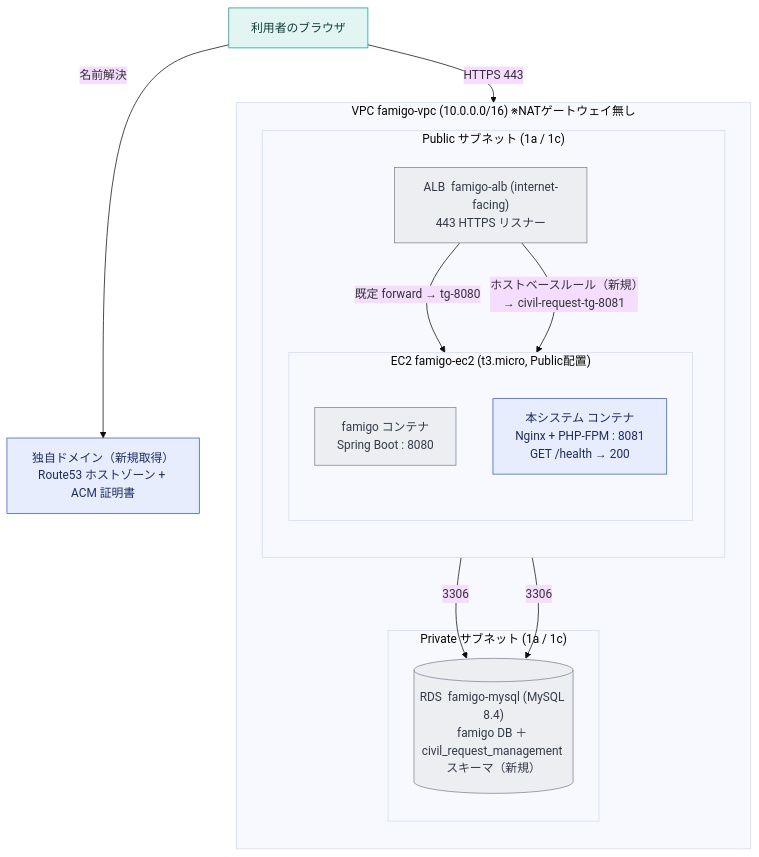
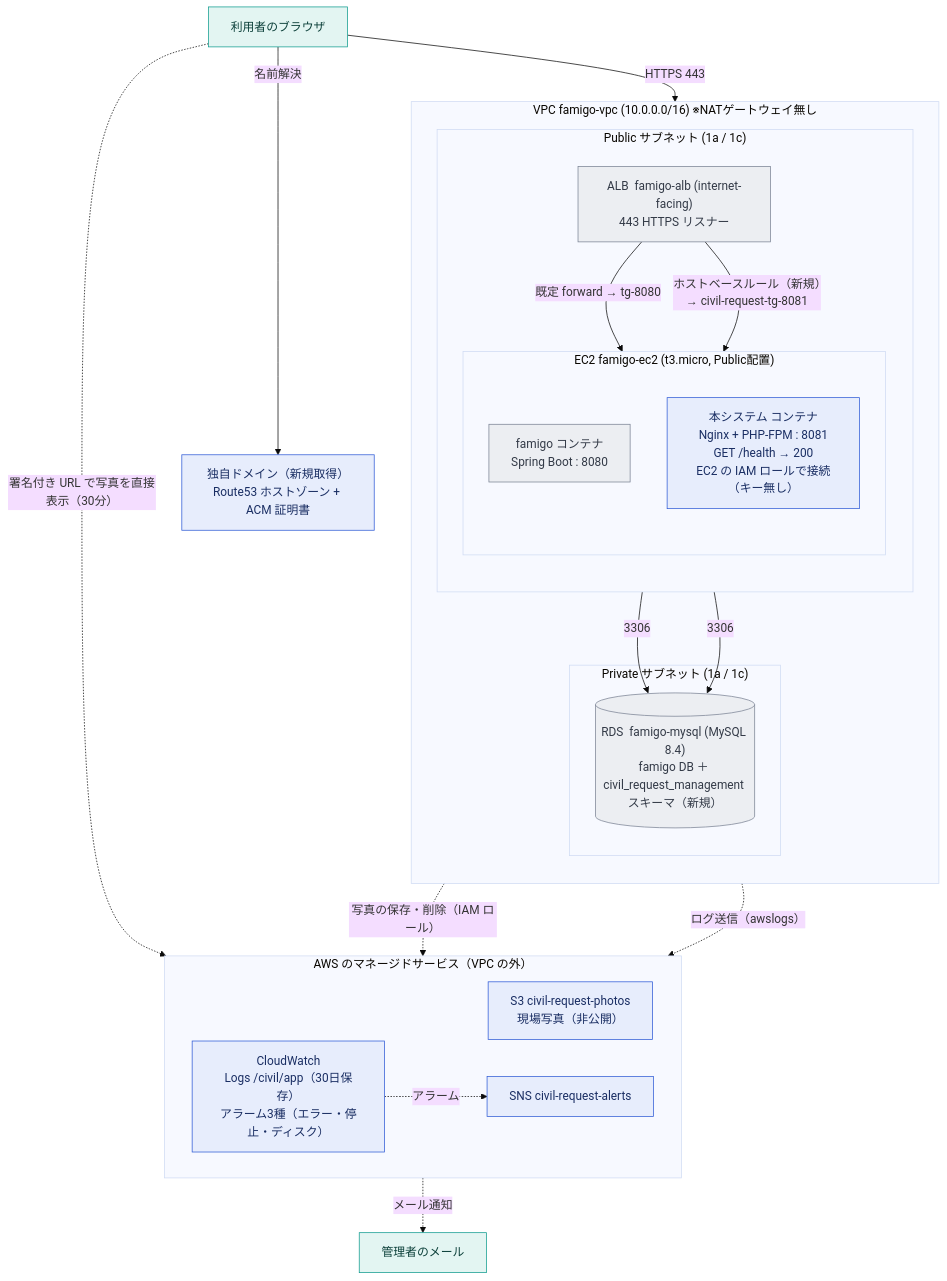
One commit to tomo-taka108/Civil-Request-Management changed the diagram in docs/infrastructure-design.md. Above: the diagram before and after it, drawn with Mermaid (base theme). The commit also changed other lines of this file and 2 other files, not shown here.

Commit message:
docs: README を現在の実装・AWS の設定に合わせて見直す
使っていない Vite / Tailwind の記載、3テーブルのままの DB 設計、監視の記載漏れなど、
実装とずれていた箇所を直す。構成図に S3・CloudWatch・SNS を加え、文字を大きくした。
GitHub 上でページ内リンクを押すと画面が上下に動き続けるため、ページ内リンクは外した。

Refs #132, #100

````diff
--- a/docs/infrastructure-design.md
+++ b/docs/infrastructure-design.md
@@ -32,32 +30,45 @@
 ```mermaid
 flowchart TB
     user["利用者のブラウザ"]:::net
     dns["独自ドメイン（新規取得）<br/>Route53 ホストゾーン + ACM 証明書"]:::new
 
     subgraph vpc["VPC  famigo-vpc  (10.0.0.0/16)  ※NATゲートウェイ無し"]
       direction TB
       subgraph pub["Public サブネット (1a / 1c)"]
         direction TB
         alb["ALB  famigo-alb (internet-facing)<br/>443 HTTPS リスナー"]:::exist
         subgraph ec2["EC2  famigo-ec2  (t3.micro, Public配置)"]
           direction TB
           cFamigo["famigo コンテナ<br/>Spring Boot : 8080"]:::exist
-          cCivil["本システム コンテナ<br/>Nginx + PHP-FPM : 8081<br/>GET /health → 200"]:::new
+          cCivil["本システム コンテナ<br/>Nginx + PHP-FPM : 8081<br/>GET /health → 200<br/>EC2 の IAM ロールで接続（キー無し）"]:::new
         end
       end
       subgraph prv["Private サブネット (1a / 1c)"]
         rds[("RDS  famigo-mysql (MySQL 8.4)<br/>famigo DB ＋ civil_request_management スキーマ（新規）")]:::exist
       end
     end
 
+    subgraph managed["AWS のマネージドサービス（VPC の外）"]
+      direction LR
+      s3["S3  civil-request-photos<br/>現場写真（非公開）"]:::new
+      cw["CloudWatch<br/>Logs /civil/app（30日保存）<br/>アラーム3種（エラー・停止・ディスク）"]:::new
+      sns["SNS  civil-request-alerts"]:::new
+    end
+    mail["管理者のメール"]:::net
+
     user -->|"名前解決"| dns
     user -->|"HTTPS 443"| alb
     alb -->|"既定 forward → tg-8080"| cFamigo
     alb -->|"ホストベースルール（新規）→ civil-request-tg-8081"| cCivil
     cFamigo -->|"3306"| rds
     cCivil -->|"3306"| rds
+    cCivil -.->|"写真の保存・削除（IAM ロール）"| s3
+    user -.->|"署名付き URL で写真を直接表示（30分）"| s3
+    cCivil -.->|"ログ送信（awslogs）"| cw
+    cw -.->|"アラーム"| sns
+    sns -.->|"メール通知"| mail
 
     classDef net fill:#e3f5f2,stroke:#0f9b8e,color:#0b3f39;
     classDef exist fill:#eceef2,stroke:#7a8394,color:#333a47;
     classDef new fill:#e7edfc,stroke:#2f5bd6,color:#1a2e63;
 ```
````
